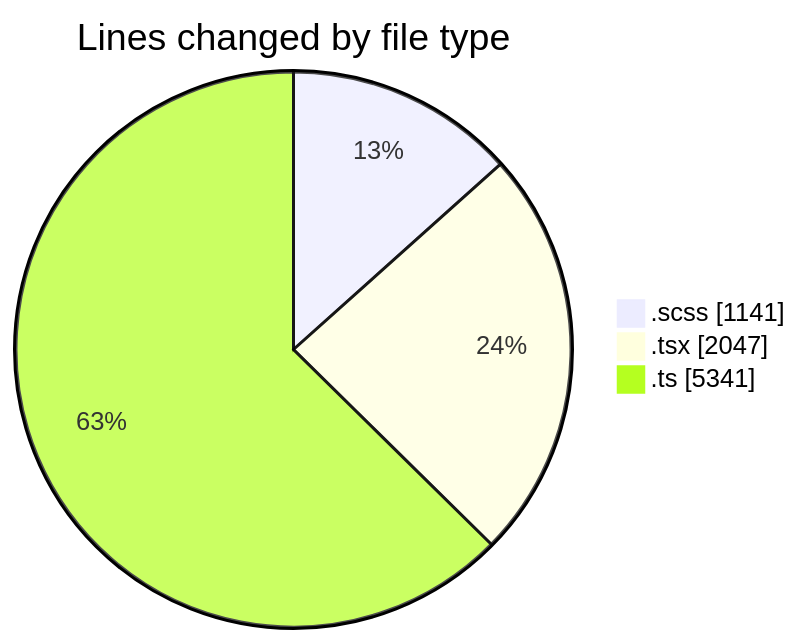
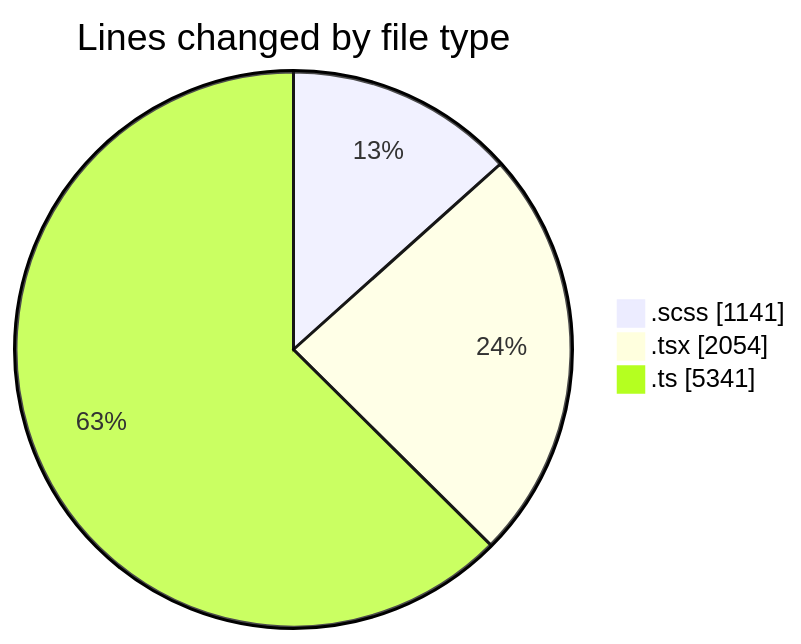
One commit to momahboobian/code-tracking changed the first of 2 diagrams in 2025-03-28/cda/README.md. Above: the diagram before and after it, drawn with Mermaid. The commit also changed other lines of this file and 1 other file, not shown here.

````diff
--- a/2025-03-28/cda/README.md
+++ b/2025-03-28/cda/README.md
@@ -34,7 +34,7 @@
 ```mermaid
 pie showData
 title Lines changed by file type
 ".scss" : 1141
-".tsx" : 2047
+".tsx" : 2054
 ".ts" : 5341
 ```
````
